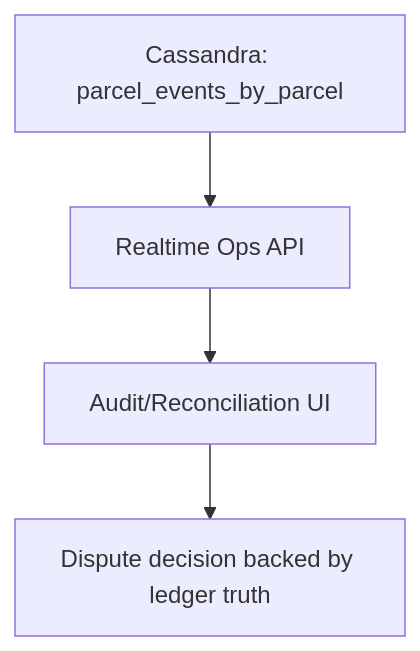
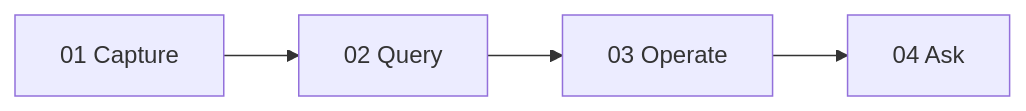
The first of 2 diagrams in 03-realtime-operations/README.md (michelderu/wxd-globalparcel-demo), drawn with Mermaid before and after one commit. The commit also changed other lines of this file and 84 other files, not shown here.

````diff
--- a/03-realtime-operations/README.md
+++ b/03-realtime-operations/README.md
@@ -244,6 +22,6 @@
 ```mermaid
-flowchart TB
-    C1[Cassandra: parcel_events_by_parcel] --> C2[Realtime Ops API]
-    C2 --> C3[Audit/Reconciliation UI]
-    C3 --> C4[Dispute decision backed by ledger truth]
+flowchart LR
+    C[01 Capture] --> Q[02 Query]
+    Q --> O[03 Operate]
+    O --> A[04 Ask]
 ```
````
